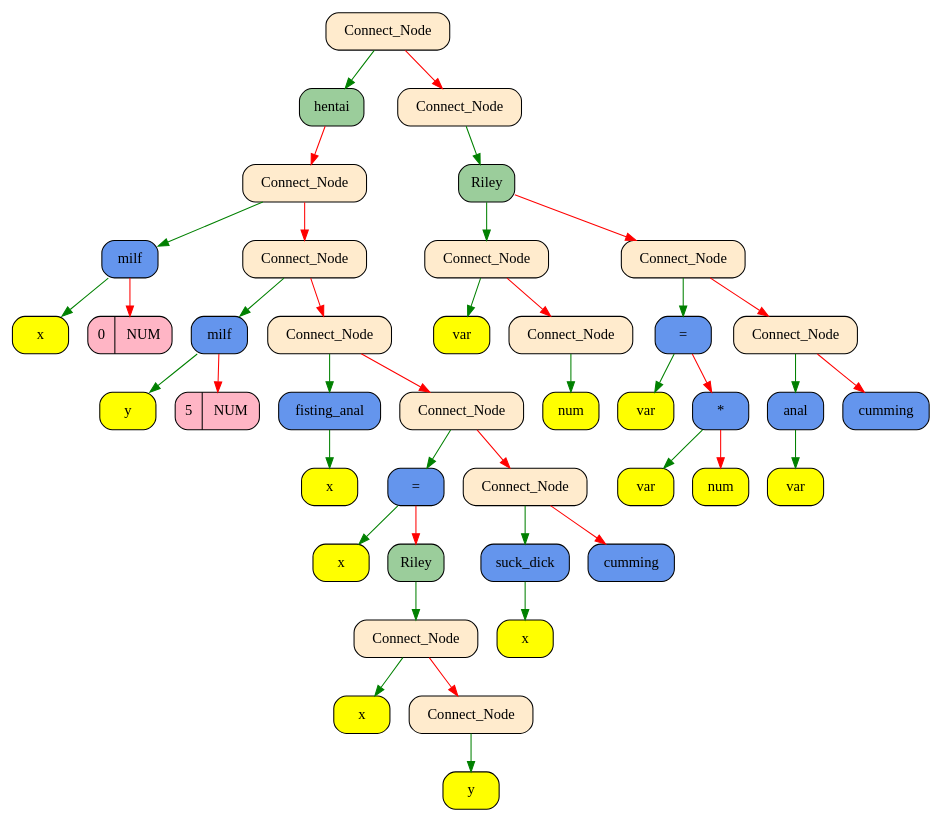
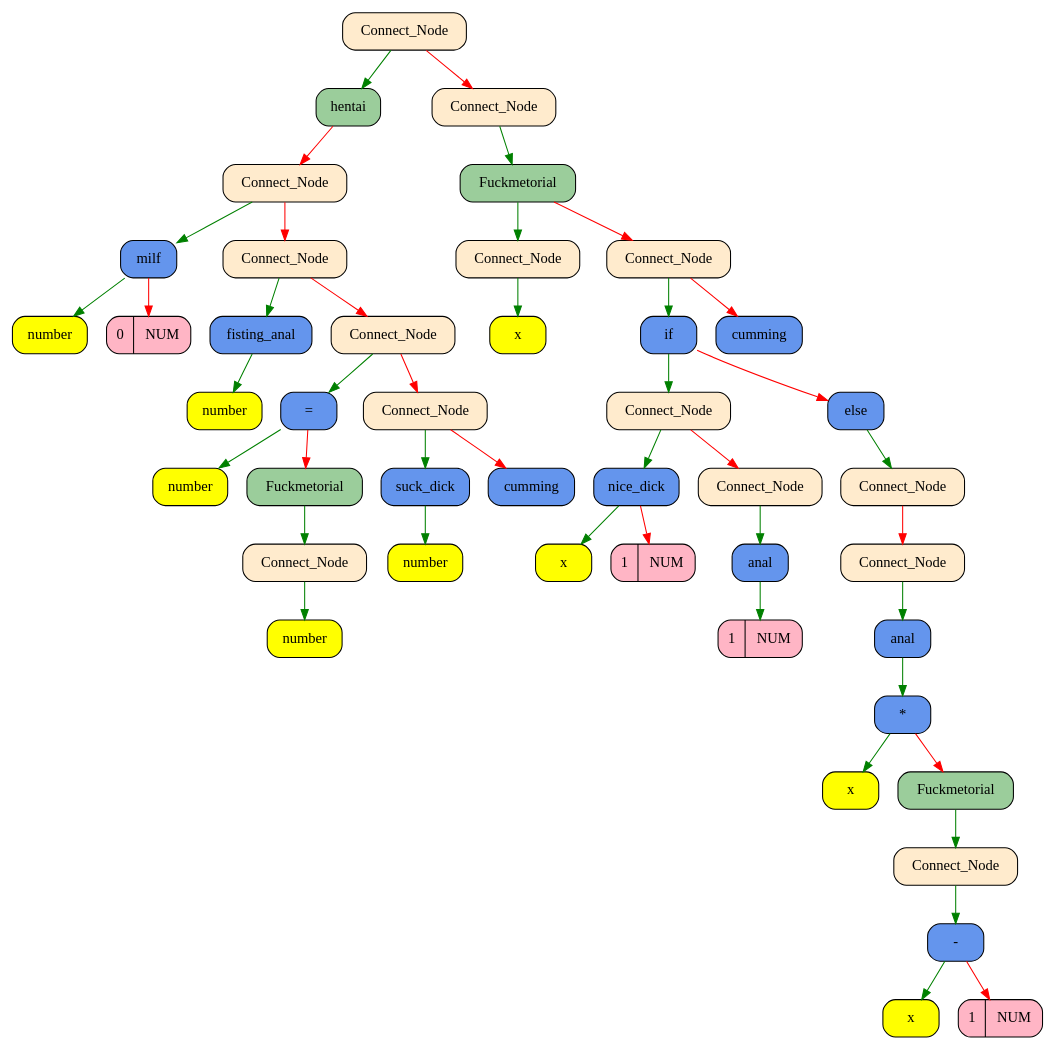
Before and after one commit to Pelmeshka127/Language: the diagram in graphics/graph.dot, drawn with Graphviz. The commit also changed 27 other files, not shown here.

```diff
--- a/graphics/graph.dot
+++ b/graphics/graph.dot
@@ -1,87 +1,93 @@
 digraph Tree
 {
    rankdir = HR;
    node[fontsize=14];
    edge[color="black",fontcolor="blue",fontsize=12];
-   "0x1026024d0"[shape = Mrecord, style = filled, fillcolor = "blanchedalmond",   label = " <value> Connect_Node"];
-  "0x1026024d0" -> "0x102602aa0" [color = "green"];
-  "0x1026024d0" -> "0x102602500" [color = "red"];
-   "0x102602aa0"[shape = Mrecord, style = filled, fillcolor = "darkseagreen3",   label = " <value> hentai"];
-  "0x102602aa0" -> "0x102602ad0" [color = "red"];
-   "0x102602ad0"[shape = Mrecord, style = filled, fillcolor = "blanchedalmond",   label = " <value> Connect_Node"];
-  "0x102602ad0" -> "0x102601a20" [color = "green"];
-  "0x102602ad0" -> "0x102602b00" [color = "red"];
-   "0x102601a20"[shape = Mrecord, style = filled, fillcolor = "cornflowerblue",   label = " <value> milf"];
-  "0x102601a20" -> "0x102601ab0" [color = "green"];
-  "0x102601a20" -> "0x102601a50" [color = "red"];
-   "0x102601ab0"[shape = Mrecord, style = filled, fillcolor = "yellow",   label = " <value> x"];
-   "0x102601a50"[shape = Mrecord, style = filled, fillcolor = "pink1",   label = " <value> 0 | NUM  "];
-   "0x102602b00"[shape = Mrecord, style = filled, fillcolor = "blanchedalmond",   label = " <value> Connect_Node"];
-  "0x102602b00" -> "0x102601930" [color = "green"];
-  "0x102602b00" -> "0x102602b30" [color = "red"];
-   "0x102601930"[shape = Mrecord, style = filled, fillcolor = "cornflowerblue",   label = " <value> milf"];
-  "0x102601930" -> "0x1026019c0" [color = "green"];
-  "0x102601930" -> "0x102601960" [color = "red"];
-   "0x1026019c0"[shape = Mrecord, style = filled, fillcolor = "yellow",   label = " <value> y"];
-   "0x102601960"[shape = Mrecord, style = filled, fillcolor = "pink1",   label = " <value> 5 | NUM  "];
-   "0x102602b30"[shape = Mrecord, style = filled, fillcolor = "blanchedalmond",   label = " <value> Connect_Node"];
-  "0x102602b30" -> "0x102601870" [color = "green"];
-  "0x102602b30" -> "0x102602b60" [color = "red"];
-   "0x102601870"[shape = Mrecord, style = filled, fillcolor = "cornflowerblue",   label = " <value> fisting_anal"];
-  "0x102601870" -> "0x1026018d0" [color = "green"];
-   "0x1026018d0"[shape = Mrecord, style = filled, fillcolor = "yellow",   label = " <value> x"];
-   "0x102602b60"[shape = Mrecord, style = filled, fillcolor = "blanchedalmond",   label = " <value> Connect_Node"];
-  "0x102602b60" -> "0x102602d10" [color = "green"];
-  "0x102602b60" -> "0x102602b90" [color = "red"];
-   "0x102602d10"[shape = Mrecord, style = filled, fillcolor = "cornflowerblue",   label = " <value> ="];
-  "0x102602d10" -> "0x102601810" [color = "green"];
-  "0x102602d10" -> "0x102602d70" [color = "red"];
-   "0x102601810"[shape = Mrecord, style = filled, fillcolor = "yellow",   label = " <value> x"];
-   "0x102602d70"[shape = Mrecord, style = filled, fillcolor = "darkseagreen3",   label = " <value> Riley"];
-  "0x102602d70" -> "0x102602da0" [color = "green"];
-   "0x102602da0"[shape = Mrecord, style = filled, fillcolor = "blanchedalmond",   label = " <value> Connect_Node"];
-  "0x102602da0" -> "0x102601750" [color = "green"];
-  "0x102602da0" -> "0x102602dd0" [color = "red"];
-   "0x102601750"[shape = Mrecord, style = filled, fillcolor = "yellow",   label = " <value> x"];
-   "0x102602dd0"[shape = Mrecord, style = filled, fillcolor = "blanchedalmond",   label = " <value> Connect_Node"];
-  "0x102602dd0" -> "0x102602e30" [color = "green"];
-   "0x102602e30"[shape = Mrecord, style = filled, fillcolor = "yellow",   label = " <value> y"];
-   "0x102602b90"[shape = Mrecord, style = filled, fillcolor = "blanchedalmond",   label = " <value> Connect_Node"];
-  "0x102602b90" -> "0x102602c50" [color = "green"];
-  "0x102602b90" -> "0x102602bf0" [color = "red"];
-   "0x102602c50"[shape = Mrecord, style = filled, fillcolor = "cornflowerblue",   label = " <value> suck_dick"];
-  "0x102602c50" -> "0x102602cb0" [color = "green"];
-   "0x102602cb0"[shape = Mrecord, style = filled, fillcolor = "yellow",   label = " <value> x"];
-   "0x102602bf0"[shape = Mrecord, style = filled, fillcolor = "cornflowerblue",   label = " <value> cumming"];
-   "0x102602500"[shape = Mrecord, style = filled, fillcolor = "blanchedalmond",   label = " <value> Connect_Node"];
-  "0x102602500" -> "0x102602560" [color = "green"];
-   "0x102602560"[shape = Mrecord, style = filled, fillcolor = "darkseagreen3",   label = " <value> Riley"];
-  "0x102602560" -> "0x1026028f0" [color = "green"];
-  "0x102602560" -> "0x102602590" [color = "red"];
-   "0x1026028f0"[shape = Mrecord, style = filled, fillcolor = "blanchedalmond",   label = " <value> Connect_Node"];
-  "0x1026028f0" -> "0x1026029e0" [color = "green"];
-  "0x1026028f0" -> "0x102602920" [color = "red"];
-   "0x1026029e0"[shape = Mrecord, style = filled, fillcolor = "yellow",   label = " <value> var"];
-   "0x102602920"[shape = Mrecord, style = filled, fillcolor = "blanchedalmond",   label = " <value> Connect_Node"];
-  "0x102602920" -> "0x102602980" [color = "green"];
-   "0x102602980"[shape = Mrecord, style = filled, fillcolor = "yellow",   label = " <value> num"];
-   "0x102602590"[shape = Mrecord, style = filled, fillcolor = "blanchedalmond",   label = " <value> Connect_Node"];
-  "0x102602590" -> "0x102602740" [color = "green"];
-  "0x102602590" -> "0x1026025c0" [color = "red"];
-   "0x102602740"[shape = Mrecord, style = filled, fillcolor = "cornflowerblue",   label = " <value> ="];
-  "0x102602740" -> "0x1026028c0" [color = "green"];
-  "0x102602740" -> "0x1026027a0" [color = "red"];
-   "0x1026028c0"[shape = Mrecord, style = filled, fillcolor = "yellow",   label = " <value> var"];
-   "0x1026027a0"[shape = Mrecord, style = filled, fillcolor = "cornflowerblue",   label = " <value> *"];
-  "0x1026027a0" -> "0x102602860" [color = "green"];
-  "0x1026027a0" -> "0x102602800" [color = "red"];
-   "0x102602860"[shape = Mrecord, style = filled, fillcolor = "yellow",   label = " <value> var"];
-   "0x102602800"[shape = Mrecord, style = filled, fillcolor = "yellow",   label = " <value> num"];
-   "0x1026025c0"[shape = Mrecord, style = filled, fillcolor = "blanchedalmond",   label = " <value> Connect_Node"];
-  "0x1026025c0" -> "0x102602680" [color = "green"];
-  "0x1026025c0" -> "0x102602620" [color = "red"];
-   "0x102602680"[shape = Mrecord, style = filled, fillcolor = "cornflowerblue",   label = " <value> anal"];
-  "0x102602680" -> "0x1026026e0" [color = "green"];
-   "0x1026026e0"[shape = Mrecord, style = filled, fillcolor = "yellow",   label = " <value> var"];
-   "0x102602620"[shape = Mrecord, style = filled, fillcolor = "cornflowerblue",   label = " <value> cumming"];
+   "0x1072023b0"[shape = Mrecord, style = filled, fillcolor = "blanchedalmond",   label = " <value> Connect_Node"];
+  "0x1072023b0" -> "0x107202c20" [color = "green"];
+  "0x1072023b0" -> "0x1072023e0" [color = "red"];
+   "0x107202c20"[shape = Mrecord, style = filled, fillcolor = "darkseagreen3",   label = " <value> hentai"];
+  "0x107202c20" -> "0x107202c50" [color = "red"];
+   "0x107202c50"[shape = Mrecord, style = filled, fillcolor = "blanchedalmond",   label = " <value> Connect_Node"];
+  "0x107202c50" -> "0x1072019f0" [color = "green"];
+  "0x107202c50" -> "0x107202c80" [color = "red"];
+   "0x1072019f0"[shape = Mrecord, style = filled, fillcolor = "cornflowerblue",   label = " <value> milf"];
+  "0x1072019f0" -> "0x107201a80" [color = "green"];
+  "0x1072019f0" -> "0x107201a20" [color = "red"];
+   "0x107201a80"[shape = Mrecord, style = filled, fillcolor = "yellow",   label = " <value> number"];
+   "0x107201a20"[shape = Mrecord, style = filled, fillcolor = "pink1",   label = " <value> 0 | NUM  "];
+   "0x107202c80"[shape = Mrecord, style = filled, fillcolor = "blanchedalmond",   label = " <value> Connect_Node"];
+  "0x107202c80" -> "0x107201930" [color = "green"];
+  "0x107202c80" -> "0x107202cb0" [color = "red"];
+   "0x107201930"[shape = Mrecord, style = filled, fillcolor = "cornflowerblue",   label = " <value> fisting_anal"];
+  "0x107201930" -> "0x107201990" [color = "green"];
+   "0x107201990"[shape = Mrecord, style = filled, fillcolor = "yellow",   label = " <value> number"];
+   "0x107202cb0"[shape = Mrecord, style = filled, fillcolor = "blanchedalmond",   label = " <value> Connect_Node"];
+  "0x107202cb0" -> "0x107202e60" [color = "green"];
+  "0x107202cb0" -> "0x107202ce0" [color = "red"];
+   "0x107202e60"[shape = Mrecord, style = filled, fillcolor = "cornflowerblue",   label = " <value> ="];
+  "0x107202e60" -> "0x1072018d0" [color = "green"];
+  "0x107202e60" -> "0x107201780" [color = "red"];
+   "0x1072018d0"[shape = Mrecord, style = filled, fillcolor = "yellow",   label = " <value> number"];
+   "0x107201780"[shape = Mrecord, style = filled, fillcolor = "darkseagreen3",   label = " <value> Fuckmetorial"];
+  "0x107201780" -> "0x1072017b0" [color = "green"];
+   "0x1072017b0"[shape = Mrecord, style = filled, fillcolor = "blanchedalmond",   label = " <value> Connect_Node"];
+  "0x1072017b0" -> "0x107201810" [color = "green"];
+   "0x107201810"[shape = Mrecord, style = filled, fillcolor = "yellow",   label = " <value> number"];
+   "0x107202ce0"[shape = Mrecord, style = filled, fillcolor = "blanchedalmond",   label = " <value> Connect_Node"];
+  "0x107202ce0" -> "0x107202da0" [color = "green"];
+  "0x107202ce0" -> "0x107202d40" [color = "red"];
+   "0x107202da0"[shape = Mrecord, style = filled, fillcolor = "cornflowerblue",   label = " <value> suck_dick"];
+  "0x107202da0" -> "0x107202e00" [color = "green"];
+   "0x107202e00"[shape = Mrecord, style = filled, fillcolor = "yellow",   label = " <value> number"];
+   "0x107202d40"[shape = Mrecord, style = filled, fillcolor = "cornflowerblue",   label = " <value> cumming"];
+   "0x1072023e0"[shape = Mrecord, style = filled, fillcolor = "blanchedalmond",   label = " <value> Connect_Node"];
+  "0x1072023e0" -> "0x107202440" [color = "green"];
+   "0x107202440"[shape = Mrecord, style = filled, fillcolor = "darkseagreen3",   label = " <value> Fuckmetorial"];
+  "0x107202440" -> "0x107202b00" [color = "green"];
+  "0x107202440" -> "0x107202470" [color = "red"];
+   "0x107202b00"[shape = Mrecord, style = filled, fillcolor = "blanchedalmond",   label = " <value> Connect_Node"];
+  "0x107202b00" -> "0x107202b60" [color = "green"];
+   "0x107202b60"[shape = Mrecord, style = filled, fillcolor = "yellow",   label = " <value> x"];
+   "0x107202470"[shape = Mrecord, style = filled, fillcolor = "blanchedalmond",   label = " <value> Connect_Node"];
+  "0x107202470" -> "0x107202530" [color = "green"];
+  "0x107202470" -> "0x1072024d0" [color = "red"];
+   "0x107202530"[shape = Mrecord, style = filled, fillcolor = "cornflowerblue",   label = " <value> if"];
+  "0x107202530" -> "0x107202920" [color = "green"];
+  "0x107202530" -> "0x107202590" [color = "red"];
+   "0x107202920"[shape = Mrecord, style = filled, fillcolor = "blanchedalmond",   label = " <value> Connect_Node"];
+  "0x107202920" -> "0x107202a40" [color = "green"];
+  "0x107202920" -> "0x107202950" [color = "red"];
+   "0x107202a40"[shape = Mrecord, style = filled, fillcolor = "cornflowerblue",   label = " <value> nice_dick"];
+  "0x107202a40" -> "0x107202ad0" [color = "green"];
+  "0x107202a40" -> "0x107202a70" [color = "red"];
+   "0x107202ad0"[shape = Mrecord, style = filled, fillcolor = "yellow",   label = " <value> x"];
+   "0x107202a70"[shape = Mrecord, style = filled, fillcolor = "pink1",   label = " <value> 1 | NUM  "];
+   "0x107202950"[shape = Mrecord, style = filled, fillcolor = "blanchedalmond",   label = " <value> Connect_Node"];
+  "0x107202950" -> "0x1072029b0" [color = "green"];
+   "0x1072029b0"[shape = Mrecord, style = filled, fillcolor = "cornflowerblue",   label = " <value> anal"];
+  "0x1072029b0" -> "0x1072029e0" [color = "green"];
+   "0x1072029e0"[shape = Mrecord, style = filled, fillcolor = "pink1",   label = " <value> 1 | NUM  "];
+   "0x107202590"[shape = Mrecord, style = filled, fillcolor = "cornflowerblue",   label = " <value> else"];
+  "0x107202590" -> "0x1072025c0" [color = "green"];
+   "0x1072025c0"[shape = Mrecord, style = filled, fillcolor = "blanchedalmond",   label = " <value> Connect_Node"];
+  "0x1072025c0" -> "0x1072025f0" [color = "red"];
+   "0x1072025f0"[shape = Mrecord, style = filled, fillcolor = "blanchedalmond",   label = " <value> Connect_Node"];
+  "0x1072025f0" -> "0x107202650" [color = "green"];
+   "0x107202650"[shape = Mrecord, style = filled, fillcolor = "cornflowerblue",   label = " <value> anal"];
+  "0x107202650" -> "0x1072026b0" [color = "green"];
+   "0x1072026b0"[shape = Mrecord, style = filled, fillcolor = "cornflowerblue",   label = " <value> *"];
+  "0x1072026b0" -> "0x1072028f0" [color = "green"];
+  "0x1072026b0" -> "0x107202710" [color = "red"];
+   "0x1072028f0"[shape = Mrecord, style = filled, fillcolor = "yellow",   label = " <value> x"];
+   "0x107202710"[shape = Mrecord, style = filled, fillcolor = "darkseagreen3",   label = " <value> Fuckmetorial"];
+  "0x107202710" -> "0x107202740" [color = "green"];
+   "0x107202740"[shape = Mrecord, style = filled, fillcolor = "blanchedalmond",   label = " <value> Connect_Node"];
+  "0x107202740" -> "0x1072027a0" [color = "green"];
+   "0x1072027a0"[shape = Mrecord, style = filled, fillcolor = "cornflowerblue",   label = " <value> -"];
+  "0x1072027a0" -> "0x107202830" [color = "green"];
+  "0x1072027a0" -> "0x1072027d0" [color = "red"];
+   "0x107202830"[shape = Mrecord, style = filled, fillcolor = "yellow",   label = " <value> x"];
+   "0x1072027d0"[shape = Mrecord, style = filled, fillcolor = "pink1",   label = " <value> 1 | NUM  "];
+   "0x1072024d0"[shape = Mrecord, style = filled, fillcolor = "cornflowerblue",   label = " <value> cumming"];
 }
```
